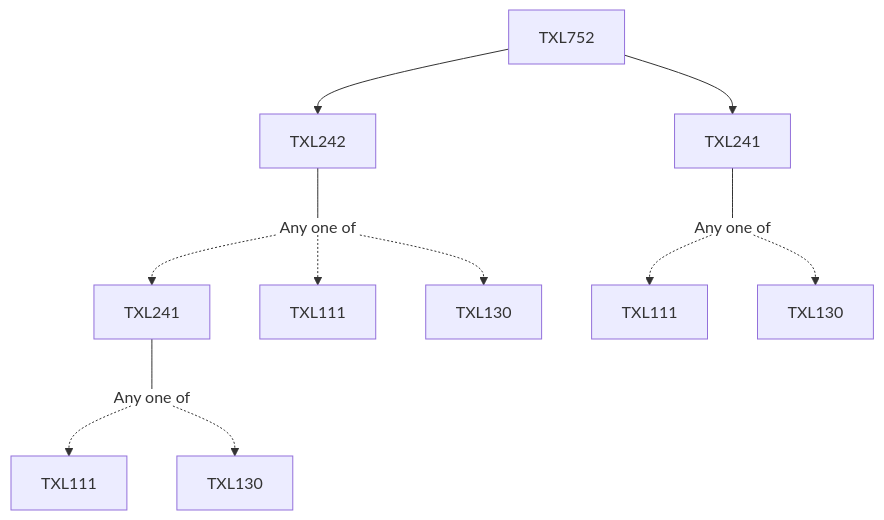
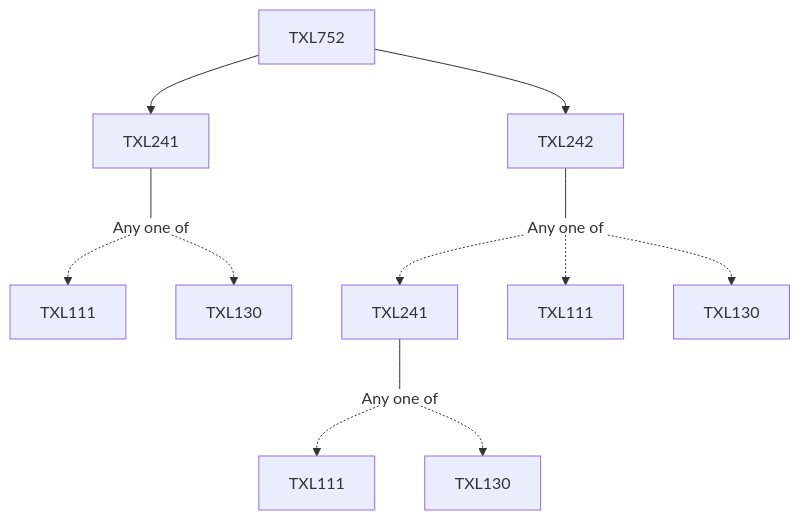
Before and after one commit to KeshavBansal0122/CoS_Website: the diagram in content/Textile and Fibre Engineering/TXL752.md, drawn with Mermaid. The commit also changed other lines of this file and 2667 other files, not shown here.

````diff
--- a/content/Textile and Fibre Engineering/TXL752.md
+++ b/content/Textile and Fibre Engineering/TXL752.md
@@ -15,19 +13,19 @@
 ```mermaid
 flowchart TD
-TXL752-439[TXL752]
-TXL752-439 --> TXL242-439[TXL242]
-TXL752-439 --> TXL241-439[TXL241]
-TXL242-439 --- Or443[Any one of]:::empty
-Or443 -.-> TXL241-444[TXL241]
-TXL241-444 --- Or445[Any one of]:::empty
-Or445 -.-> TXL111-446[TXL111]
-Or445 -.-> TXL130-447[TXL130]
-Or443 -.-> TXL111-448[TXL111]
-Or443 -.-> TXL130-449[TXL130]
-TXL241-439 --- Or440[Any one of]:::empty
-Or440 -.-> TXL111-441[TXL111]
-Or440 -.-> TXL130-442[TXL130]
+TXL752-831[TXL752]
+TXL752-831 --> TXL242-831[TXL242]
+TXL752-831 --> TXL241-831[TXL241]
+TXL241-831 --- Or832[Any one of]:::empty
+Or832 -.-> TXL111-833[TXL111]
+Or832 -.-> TXL130-834[TXL130]
+TXL242-831 --- Or835[Any one of]:::empty
+TXL241-836 --- Or837[Any one of]:::empty
+Or837 -.-> TXL111-838[TXL111]
+Or837 -.-> TXL130-839[TXL130]
+Or835 -.-> TXL241-836[TXL241]
+Or835 -.-> TXL111-840[TXL111]
+Or835 -.-> TXL130-841[TXL130]
 
 classDef empty height:17px, fill:transparent, stroke:transparent;
 classDef trueEmpty height:0px, width:0px;
 ```
````
